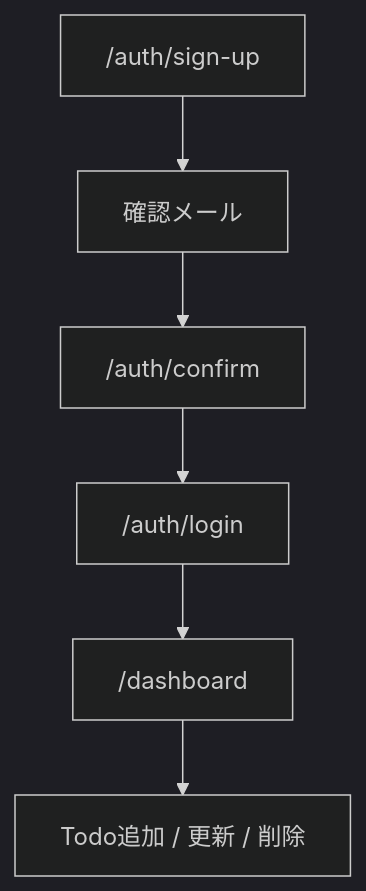
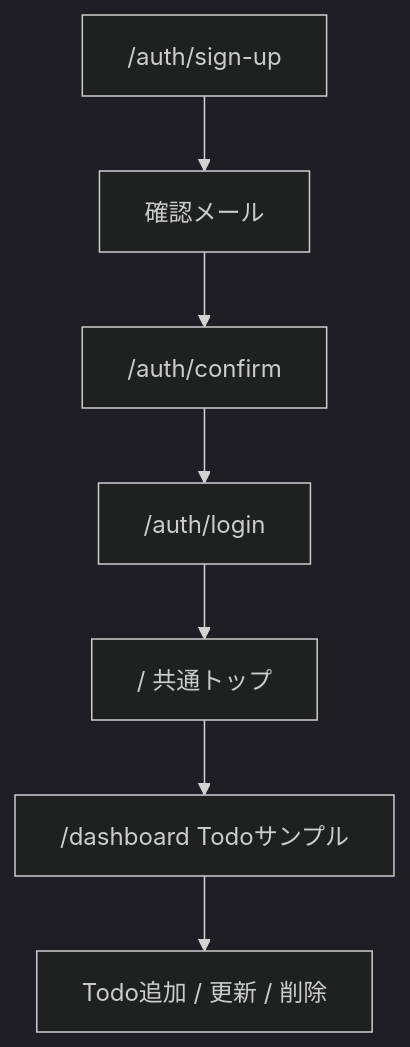
The sixth of 8 diagrams in GETTING-STARTED.md (k-systems202208/nextjs-supabase-vercel-webapp-template), drawn with Mermaid (dark theme) before and after one commit. The commit also changed other lines of this file and 15 other files, not shown here.

````diff
--- a/GETTING-STARTED.md
+++ b/GETTING-STARTED.md
@@ -158,8 +195,9 @@
 ```mermaid
 flowchart TD
     A["/auth/sign-up"] --> B["確認メール"]
     B --> C["/auth/confirm"]
     C --> D["/auth/login"]
-    D --> E["/dashboard"]
+    D --> H["/ 共通トップ"]
+    H --> E["/dashboard  Todoサンプル"]
     E --> F["Todo追加 / 更新 / 削除"]
 ```
````
